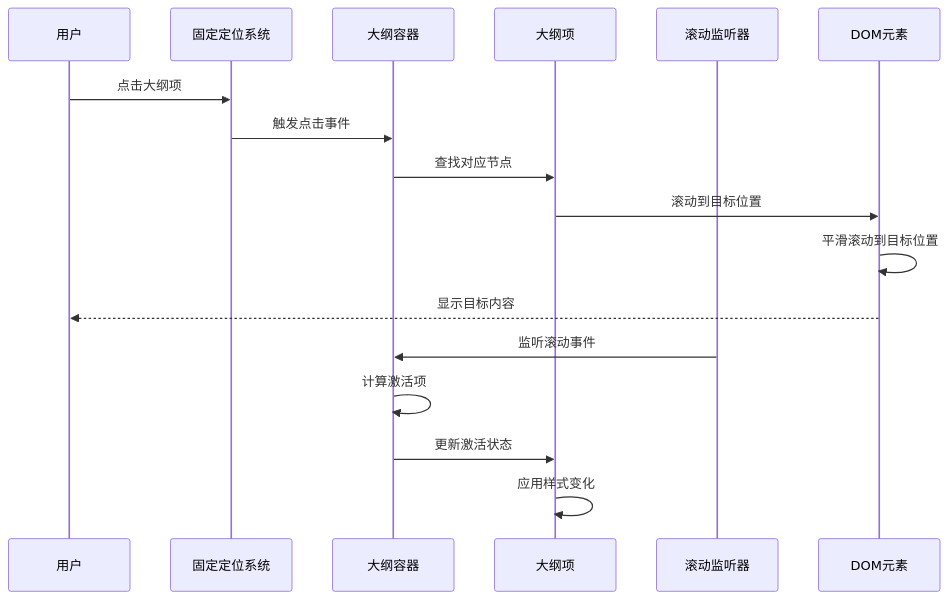
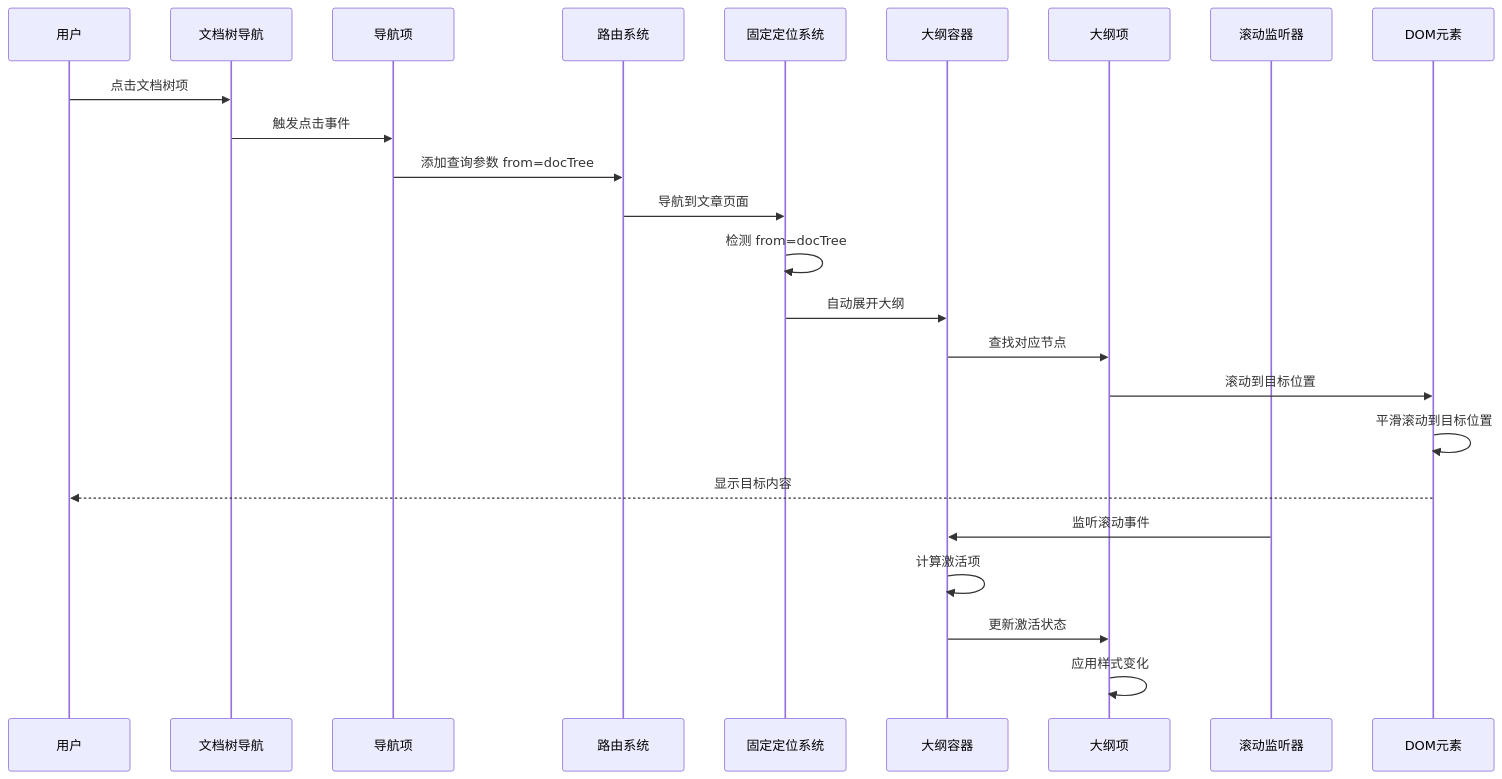
Before and after one commit to terwer/siyuan-plugin-blog: the second of 16 diagrams in .qoder/repowiki/zh/content/Outline System.md, drawn with Mermaid. The commit also changed other lines of this file and 16 other files, not shown here.

````diff
--- a/.qoder/repowiki/zh/content/Outline System.md
+++ b/.qoder/repowiki/zh/content/Outline System.md
@@ -116,19 +148,26 @@
 ```mermaid
 sequenceDiagram
 participant User as 用户
+participant DocTree as 文档树导航
+participant MenuItem as 导航项
+participant Route as 路由系统
 participant FixedLayout as 固定定位系统
 participant Container as 大纲容器
 participant Item as 大纲项
 participant Scroll as 滚动监听器
 participant DOM as DOM元素
-User->>FixedLayout : 点击大纲项
-FixedLayout->>Container : 触发点击事件
+User->>DocTree : 点击文档树项
+DocTree->>MenuItem : 触发点击事件
+MenuItem->>Route : 添加查询参数 from=docTree
+Route->>FixedLayout : 导航到文章页面
+FixedLayout->>FixedLayout : 检测 from=docTree
+FixedLayout->>Container : 自动展开大纲
 Container->>Item : 查找对应节点
 Item->>DOM : 滚动到目标位置
 DOM->>DOM : 平滑滚动到目标位置
 DOM-->>User : 显示目标内容
 Scroll->>Container : 监听滚动事件
 Container->>Container : 计算激活项
 Container->>Item : 更新激活状态
 Item->>Item : 应用样式变化
 ```
````
